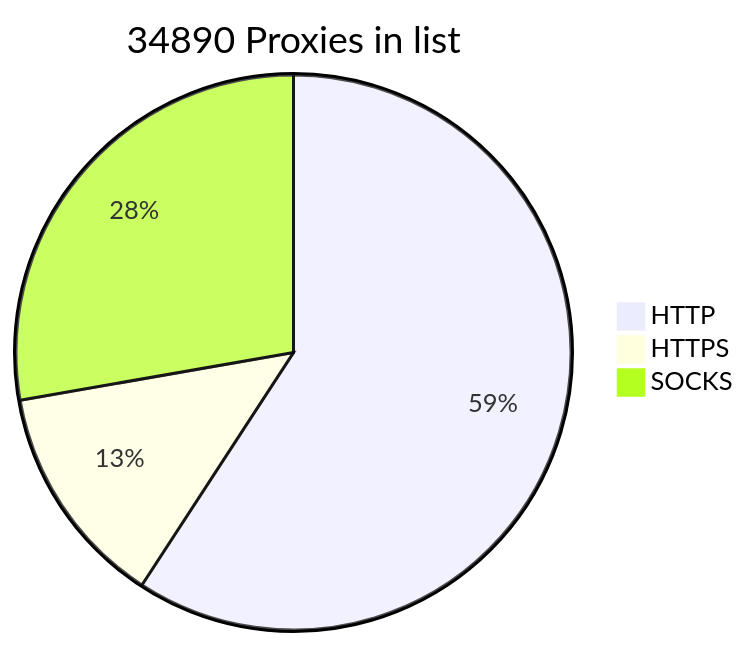
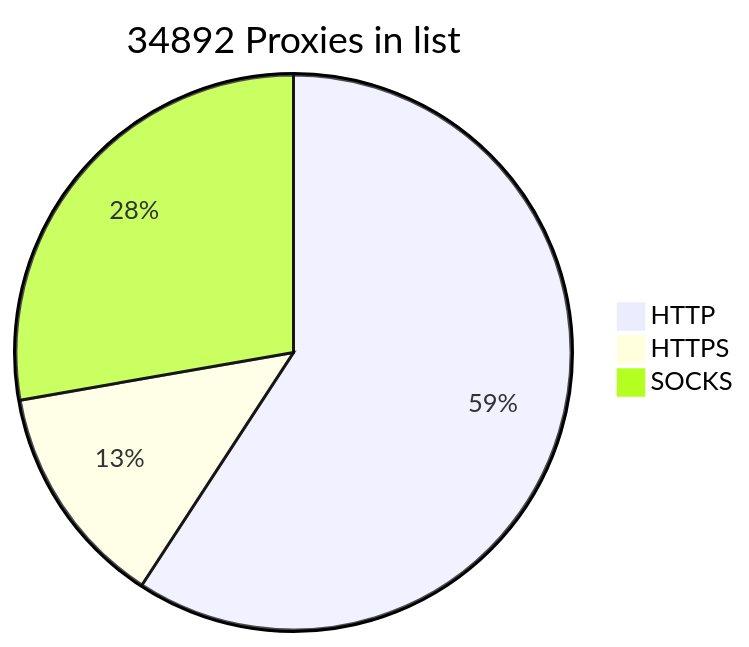
The diagram in README.md (BlackSnowDot/proxylist-update-every-minute), drawn with Mermaid before and after one commit.

````diff
--- a/README.md
+++ b/README.md
@@ -2,6 +2,6 @@
 ```mermaid
-pie title 34890 Proxies in list
+pie title 34892 Proxies in list
     "HTTP" : 22914
-    "HTTPS": 5054
+    "HTTPS": 5055
     "SOCKS" : 10741
 ```
````
